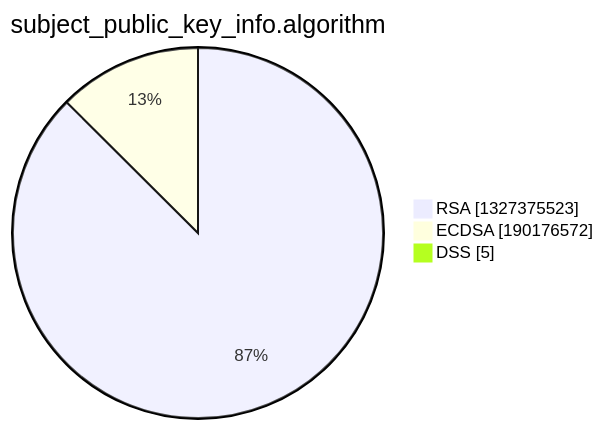
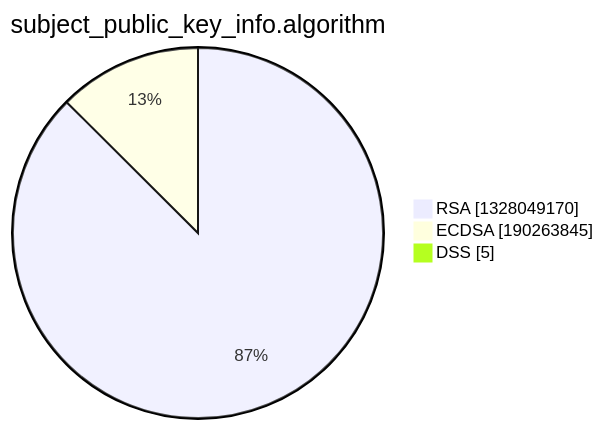
Before and after one commit to christiankrug/ctmonitor_visualization: the third of 15 diagrams in xenon2022/README.md, drawn with Mermaid. The commit also changed other lines of this file, not shown here.

````diff
--- a/xenon2022/README.md
+++ b/xenon2022/README.md
@@ -14,7 +14,7 @@
 ```mermaid
 pie showData
 title subject_public_key_info.algorithm
-"RSA" :1327375523
-"ECDSA" :190176572
+"RSA" :1328049170
+"ECDSA" :190263845
 "DSS" :5
 ```
````
